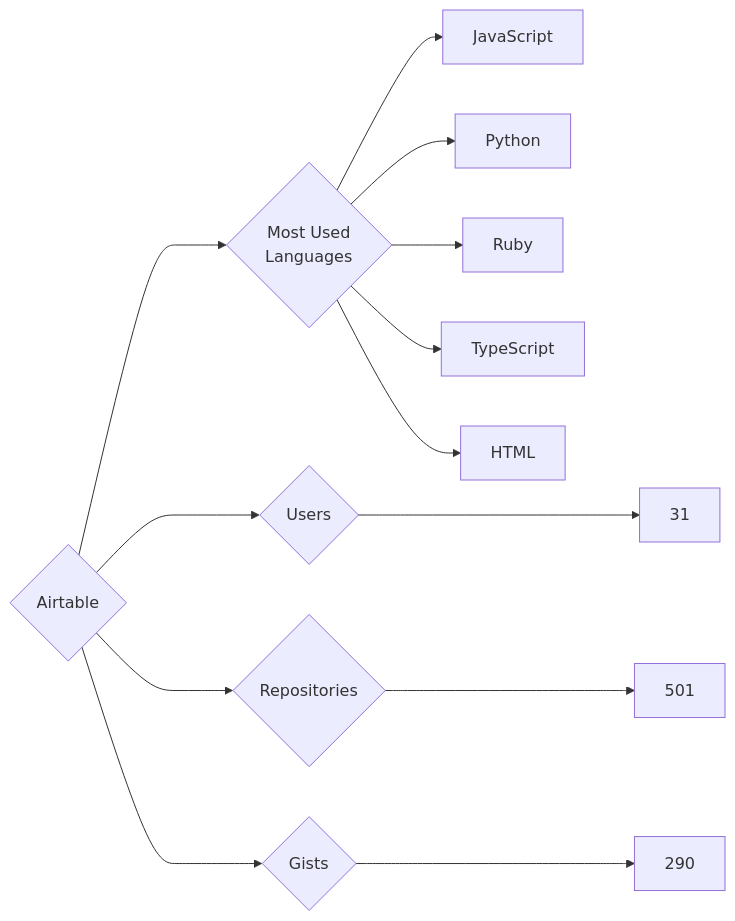
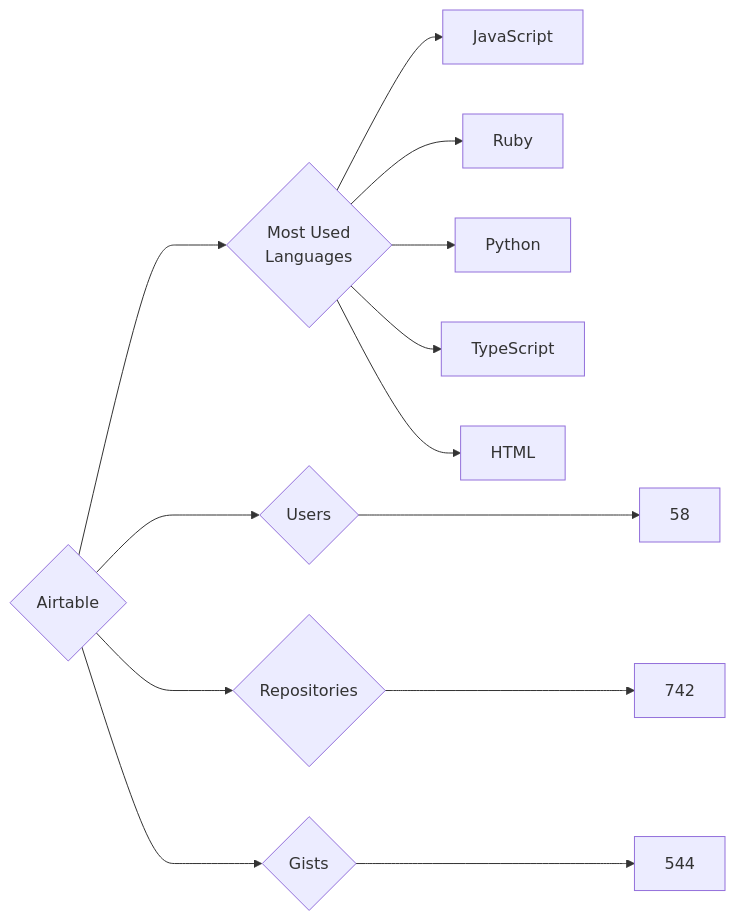
One commit to trickest/insiders changed the diagram in targets/Airtable/README.md. Above: the diagram before and after it, drawn with Mermaid. The commit also changed 951 other files, not shown here.

````diff
--- a/targets/Airtable/README.md
+++ b/targets/Airtable/README.md
@@ -3,13 +3,13 @@
 ```mermaid
 graph LR
 COMPANY_NAME{Airtable}
-COMPANY_NAME ---> U{Users} ---> UN[31]
-COMPANY_NAME ---> R{Repositories} ---> RN[501]
-COMPANY_NAME ---> G{Gists} ---> GN[290]
+COMPANY_NAME ---> U{Users} ---> UN[58]
+COMPANY_NAME ---> R{Repositories} ---> RN[742]
+COMPANY_NAME ---> G{Gists} ---> GN[544]
 COMPANY_NAME ---> ML{Most Used<br>Languages}
 ML --> JavaScript[JavaScript]
+ML --> Ruby[Ruby]
 ML --> Python[Python]
-ML --> Ruby[Ruby]
 ML --> TypeScript[TypeScript]
 ML --> HTML[HTML]
 ```
````
